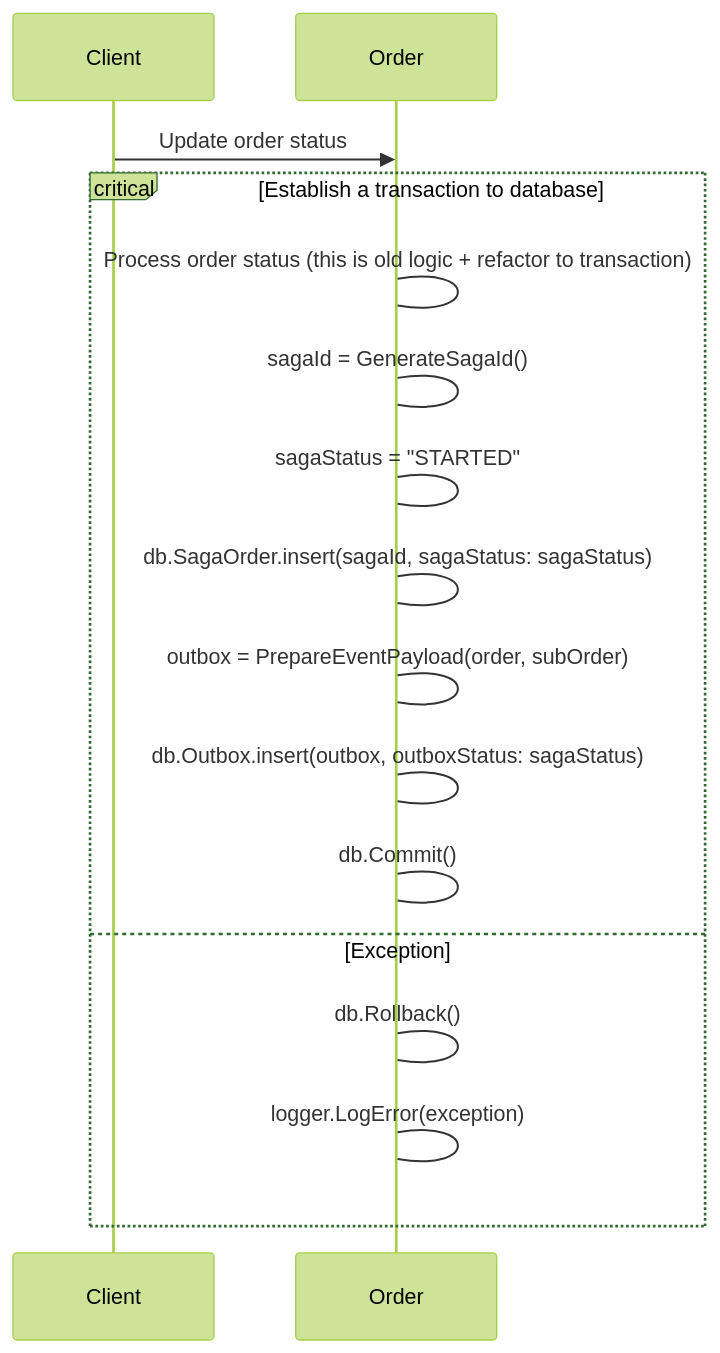
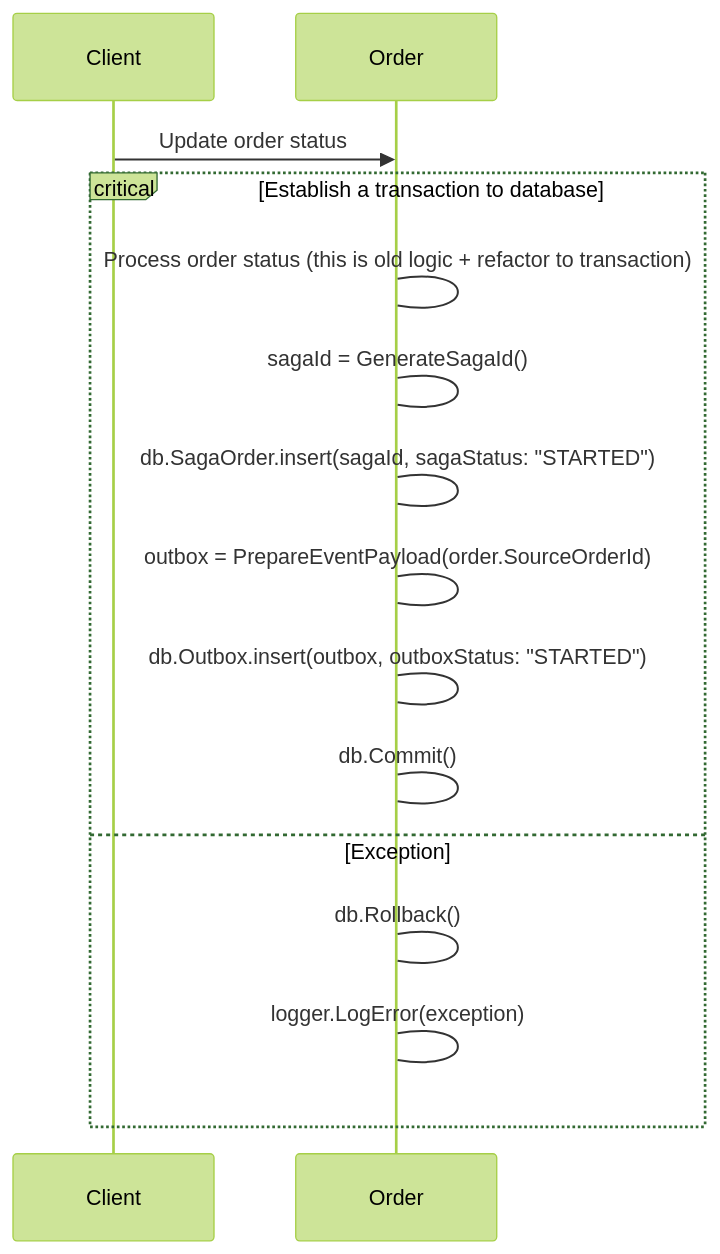
One commit to rosered11/org_document changed the diagram in SPC/Order/OrderStatus/step-1-sequence-aggregate-order-status.md. Above: the diagram before and after it, drawn with Mermaid (forest theme). The commit also changed 2 other files, not shown here.

````diff
--- a/SPC/Order/OrderStatus/step-1-sequence-aggregate-order-status.md
+++ b/SPC/Order/OrderStatus/step-1-sequence-aggregate-order-status.md
@@ -1,18 +1,17 @@
 ```mermaid
 sequenceDiagram
     participant Client
     participant Order
     Client->>Order: Update order status
     critical Establish a transaction to database
         Order->Order: Process order status (this is old logic + refactor to transaction)
         Order->Order: sagaId = GenerateSagaId()
-        Order->Order: sagaStatus = "STARTED"
-        Order->Order: db.SagaOrder.insert(sagaId, sagaStatus: sagaStatus)
-        Order->Order: outbox = PrepareEventPayload(order, subOrder)
-        Order->Order: db.Outbox.insert(outbox, outboxStatus: sagaStatus)
+        Order->Order: db.SagaOrder.insert(sagaId, sagaStatus: "STARTED")
+        Order->Order: outbox = PrepareEventPayload(order.SourceOrderId)
+        Order->Order: db.Outbox.insert(outbox, outboxStatus: "STARTED")
         Order->Order: db.Commit()
     option Exception
         Order->Order: db.Rollback()
         Order->Order: logger.LogError(exception)
     end
 ```
````
